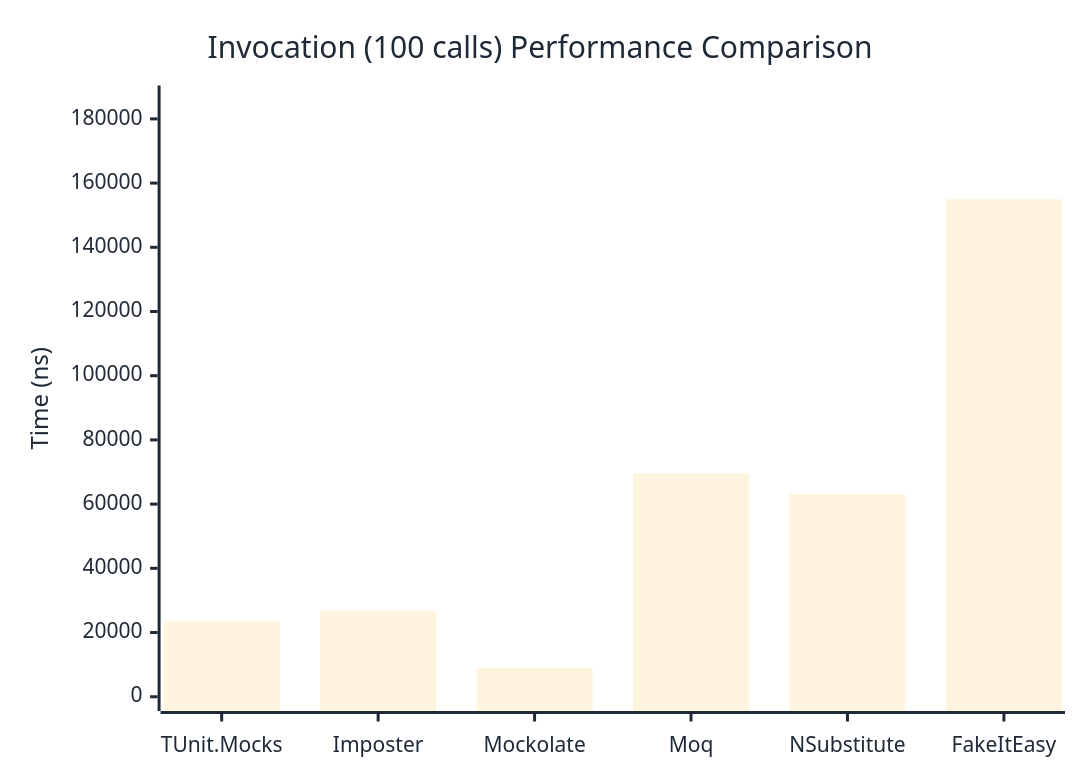
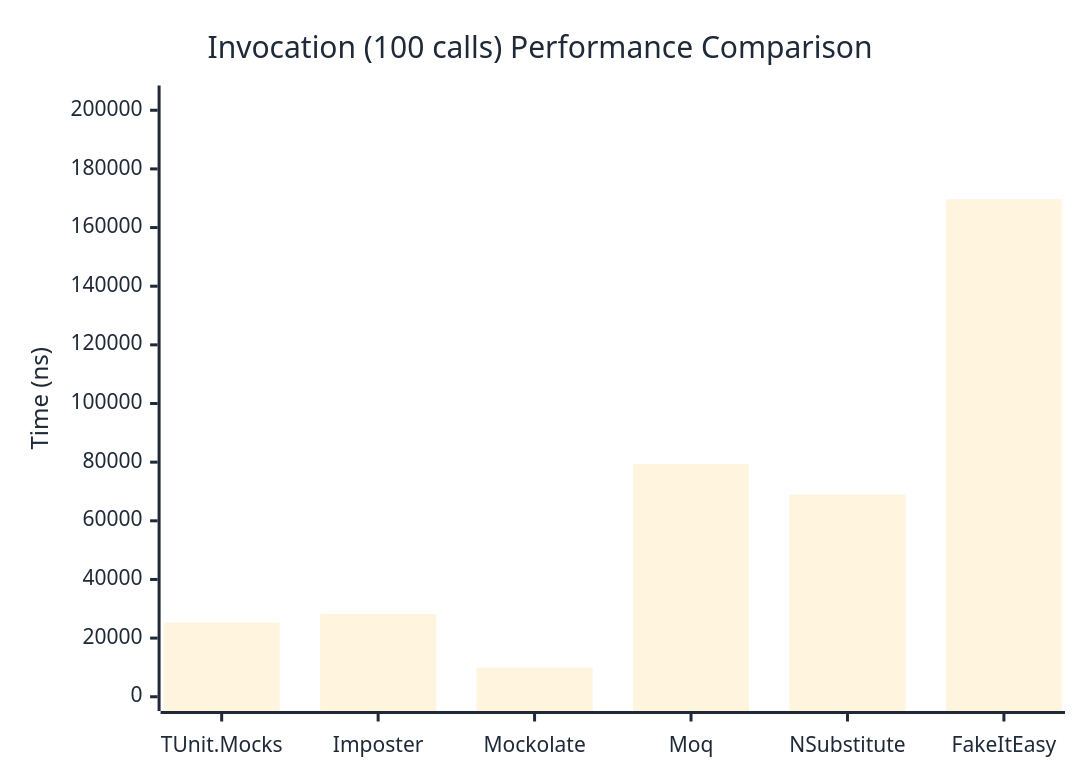
One commit to thomhurst/TUnit changed the third of 3 diagrams in docs/docs/benchmarks/mocks/Invocation.md. Above: the diagram before and after it, drawn with Mermaid. The commit also changed other lines of this file and 14 other files, not shown here.

````diff
--- a/docs/docs/benchmarks/mocks/Invocation.md
+++ b/docs/docs/benchmarks/mocks/Invocation.md
@@ -110,27 +110,27 @@
 ```mermaid
 %%{init: {
   'theme':'base',
   'themeVariables': {
     'primaryColor': '#2563eb',
     'primaryTextColor': '#1f2937',
     'primaryBorderColor': '#1e40af',
     'lineColor': '#6b7280',
     'secondaryColor': '#7c3aed',
     'tertiaryColor': '#dc2626',
     'background': '#ffffff',
     'pie1': '#2563eb',
     'pie2': '#7c3aed',
     'pie3': '#dc2626',
     'pie4': '#f59e0b',
     'pie5': '#10b981',
     'pie6': '#06b6d4',
     'pie7': '#ec4899',
     'pie8': '#6366f1'
   }
 }}%%
 xychart-beta
   title "Invocation (100 calls) Performance Comparison"
   x-axis ["TUnit.Mocks", "Imposter", "Mockolate", "Moq", "NSubstitute", "FakeItEasy"]
-  y-axis "Time (ns)" 0 --> 185959
-  bar [23685.24, 26672.96, 9008.94, 69538.52, 63140.44, 154965.78]
+  y-axis "Time (ns)" 0 --> 203585
+  bar [25281.98, 28233.68, 9890.21, 79312.7, 68918.59, 169654.16]
 ```
````
